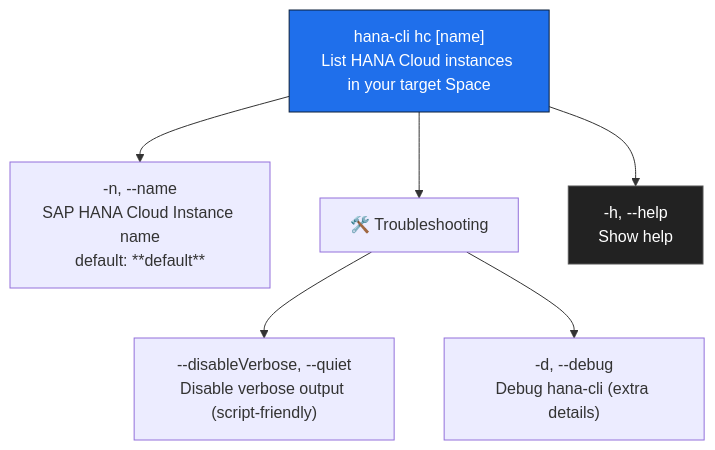
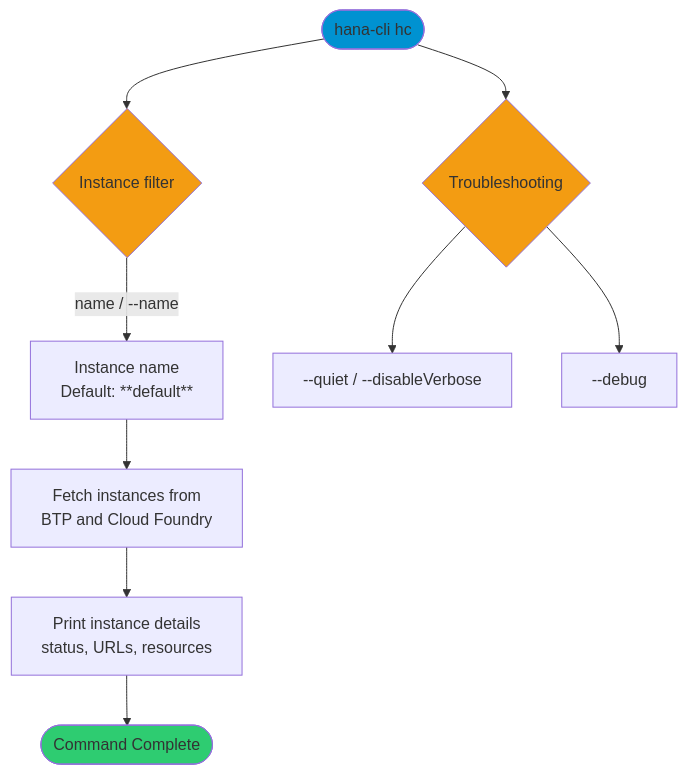
Before and after one commit to SAP-samples/hana-developer-cli-tool-example: the diagram in docs/02-commands/hana-cloud/hana-cloud-instances.md, drawn with Mermaid. The commit also changed other lines of this file and 8 other files, not shown here.

Commit message:
feat: enhance documentation for HANA Cloud commands with improved clarity and consistency

````diff
--- a/docs/02-commands/hana-cloud/hana-cloud-instances.md
+++ b/docs/02-commands/hana-cloud/hana-cloud-instances.md
@@ -27,11 +27,16 @@
 ```mermaid
 graph TD
-    A["hana-cli hc [name]<br/>List HANA Cloud instances in your target Space"]
-    A --> B["-n, --name<br/>SAP HANA Cloud Instance name<br/>default: **default**"]
-    A --> C["🛠️ Troubleshooting"]
-    C --> C1["--disableVerbose, --quiet<br/>Disable verbose output (script-friendly)"]
-    C --> C2["-d, --debug<br/>Debug hana-cli (extra details)"]
-    A --> D["-h, --help<br/>Show help"]
-    style A fill:#1f6feb,stroke:#0b1f3a,color:#fff
-    style D fill:#222,stroke:#555,color:#fff
+    Start([hana-cli hc]) --> Input{Instance filter}
+    Input -->|name / --name| Name["Instance name<br/>Default: **default**"]
+    Name --> Fetch["Fetch instances from<br/>BTP and Cloud Foundry"]
+    Start --> Options{Troubleshooting}
+    Options --> Quiet["--quiet / --disableVerbose"]
+    Options --> Debug["--debug"]
+    Fetch --> Output["Print instance details<br/>status, URLs, resources"]
+    Output --> Complete([Command Complete])
+
+    style Start fill:#0092d1
+    style Complete fill:#2ecc71
+    style Input fill:#f39c12
+    style Options fill:#f39c12
 ```
````
